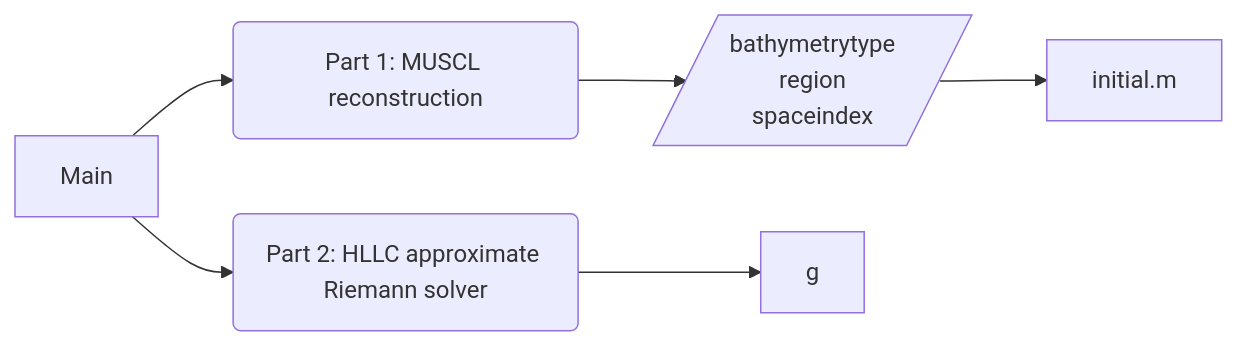
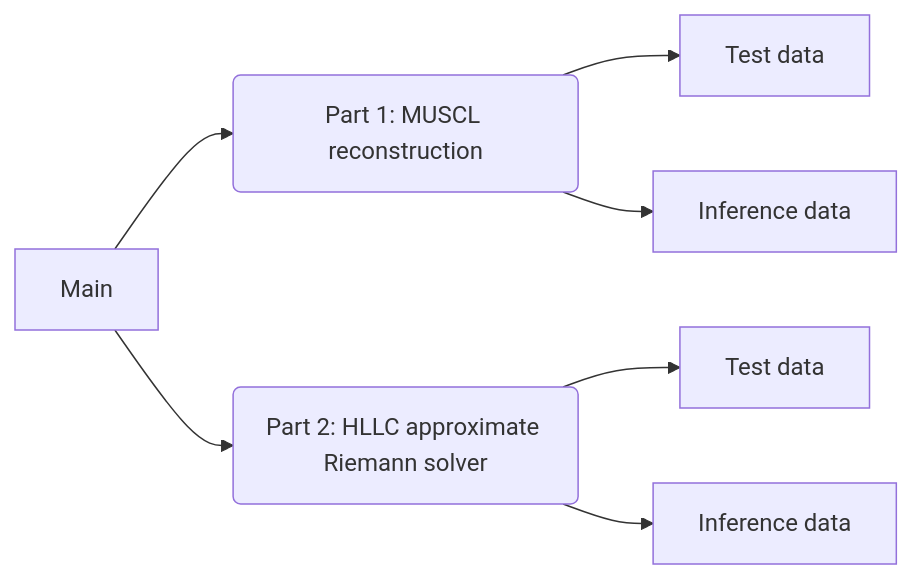
The diagram in Assignment5/Readme.md (Awecean/Computational-Method-of-Shallow-Water-Wave), drawn with Mermaid before and after one commit. The commit also changed other lines of this file, not shown here.

````diff
--- a/Assignment5/Readme.md
+++ b/Assignment5/Readme.md
@@ -5,10 +5,11 @@
 ```mermaid
 graph LR
     A[Main]-->B(Part 1: MUSCL reconstruction)
     A[Main]-->C(Part 2: HLLC approximate Riemann solver)
 
-    B --> B1[/bathymetrytype<Br>region<Br>spaceindex/]
-    B1 --> B11[initial.m]
+    B --> B1[Test data]
+    B --> B2[Inference data]
 
-    C -->C1[g]
+    C -->C1[Test data]
+    C -->C2[Inference data]
 ```
````
